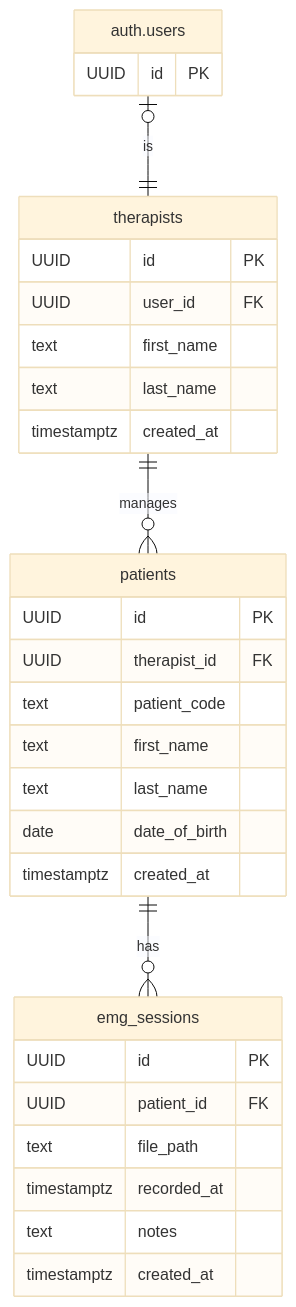
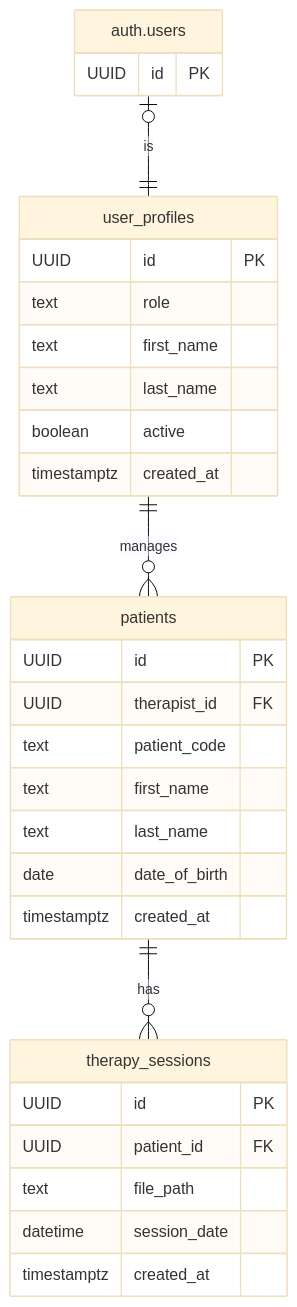
One commit to ggustin93/ghostly-supabase-poc-csharp changed the second of 2 diagrams in README.md. Above: the diagram before and after it, drawn with Mermaid (base theme). The commit also changed other lines of this file and 3 other files, not shown here.

````diff
--- a/README.md
+++ b/README.md
@@ -103,34 +192,34 @@
 ```mermaid
 erDiagram
-    therapists {
+    user_profiles {
         UUID id PK
-        UUID user_id FK
+        text role
         text first_name
         text last_name
+        boolean active
         timestamptz created_at
     }
     patients {
         UUID id PK
         UUID therapist_id FK
         text patient_code
         text first_name
         text last_name
         date date_of_birth
         timestamptz created_at
     }
-    emg_sessions {
+    therapy_sessions {
         UUID id PK
         UUID patient_id FK
         text file_path
-        timestamptz recorded_at
-        text notes
+        datetime session_date
         timestamptz created_at
     }
     "auth.users" {
         UUID id PK
     }
 
-    therapists ||--o{ patients : "manages"
-    patients ||--o{ emg_sessions : "has"
-    "auth.users" |o--|| therapists : "is"
+    user_profiles ||--o{ patients : "manages"
+    patients ||--o{ therapy_sessions : "has"
+    "auth.users" |o--|| user_profiles : "is"
 ```
````
